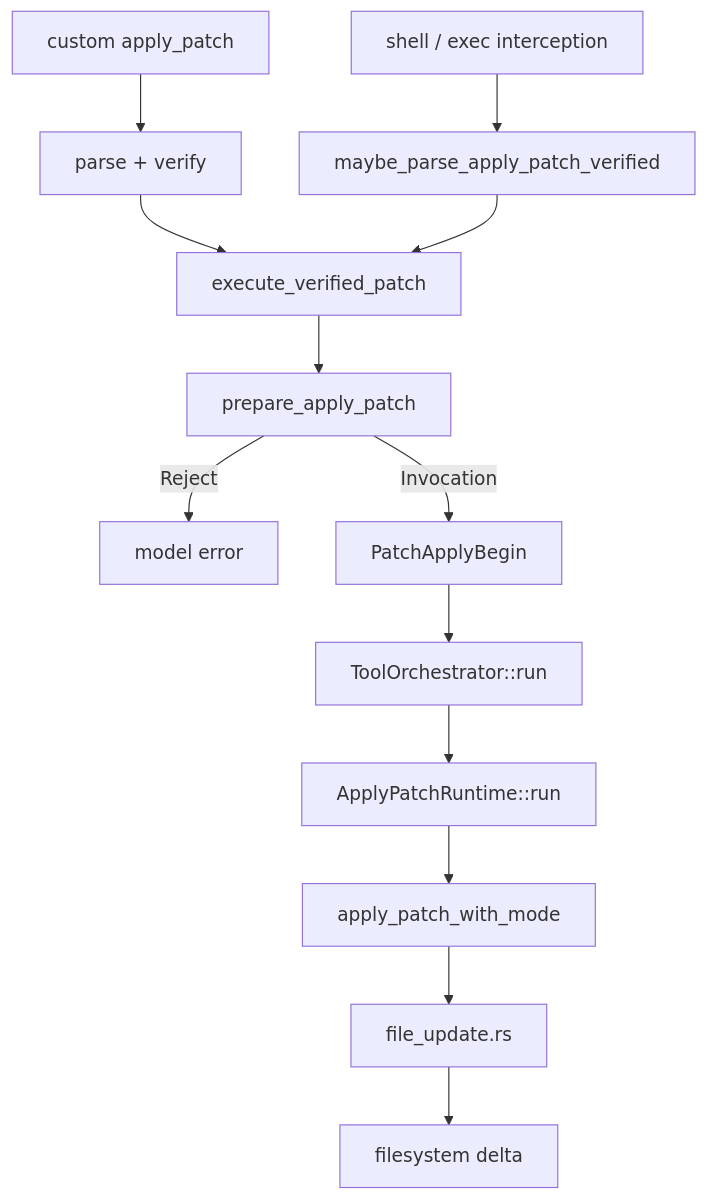
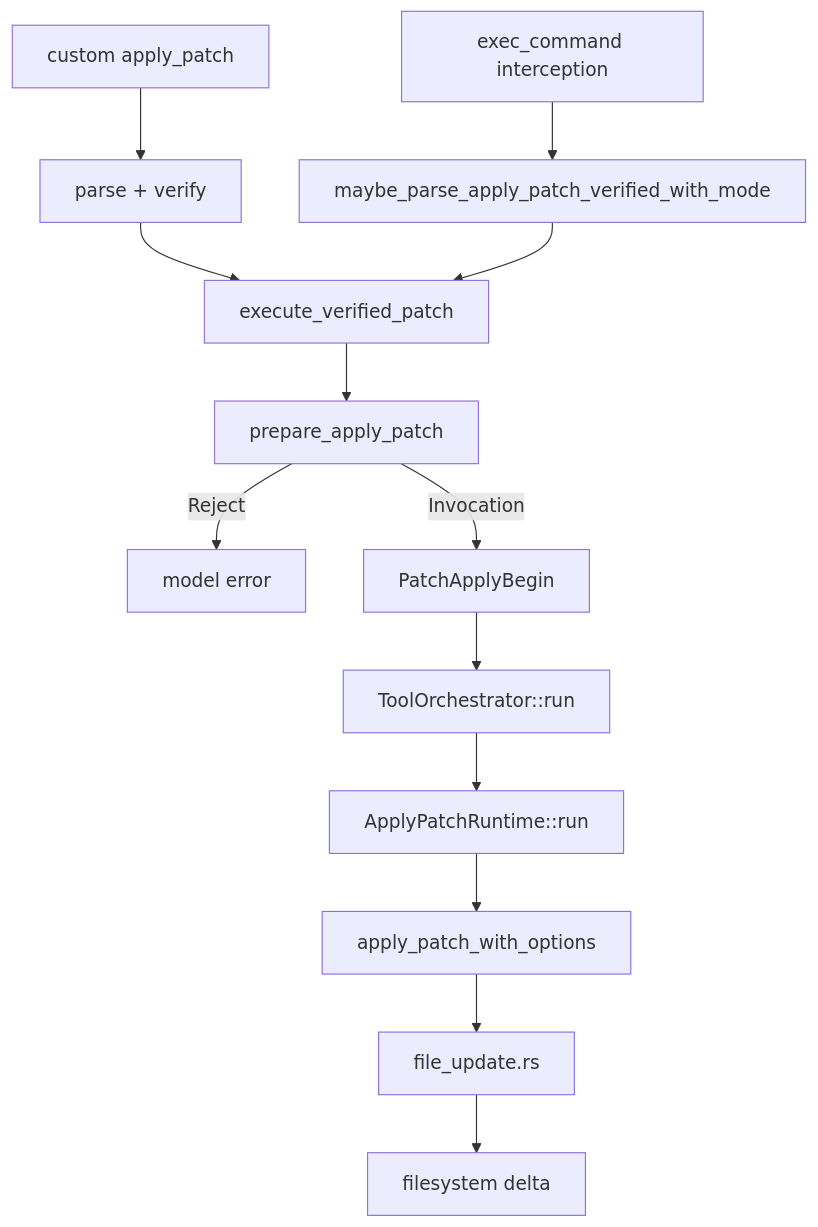
The diagram in docs/llm-wiki/codex/spine/trace-apply-patch.md (wdnmdtonyma/SOTA-Agent-LLM-Wiki), drawn with Mermaid before and after one commit. The commit also changed other lines of this file and 196 other files, not shown here.

````diff
--- a/docs/llm-wiki/codex/spine/trace-apply-patch.md
+++ b/docs/llm-wiki/codex/spine/trace-apply-patch.md
@@ -16,15 +16,15 @@
 ```mermaid
 flowchart TD
     DIRECT["custom apply_patch"] --> VERIFY1["parse + verify"]
-    SHELL["shell / exec interception"] --> VERIFY2["maybe_parse_apply_patch_verified"]
+    EXEC["exec_command interception"] --> VERIFY2["maybe_parse_apply_patch_verified_with_mode"]
     VERIFY1 --> SHARED["execute_verified_patch"]
     VERIFY2 --> SHARED
     SHARED --> PREP["prepare_apply_patch"]
     PREP -->|Reject| MODEL["model error"]
     PREP -->|Invocation| BEGIN["PatchApplyBegin"]
     BEGIN --> ORCH["ToolOrchestrator::run"]
     ORCH --> RUNTIME["ApplyPatchRuntime::run"]
-    RUNTIME --> LIB["apply_patch_with_mode"]
+    RUNTIME --> LIB["apply_patch_with_options"]
     LIB --> UPDATE["file_update.rs"]
     UPDATE --> FS["filesystem delta"]
 ```
````
